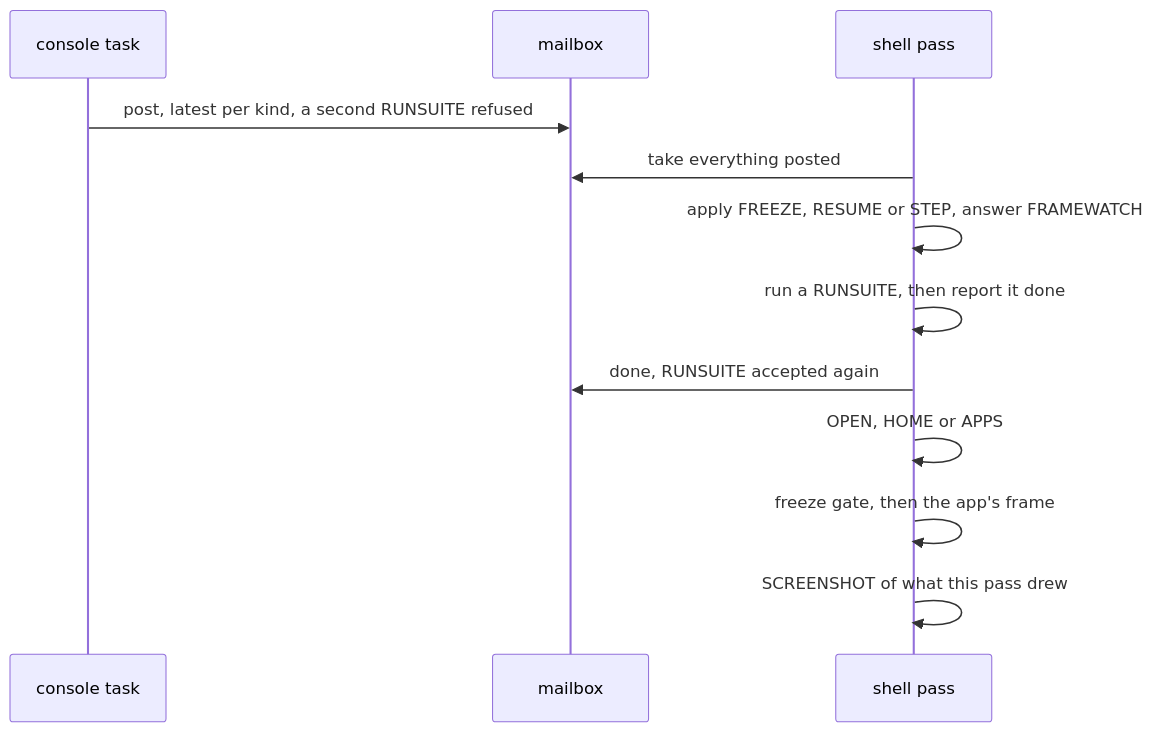
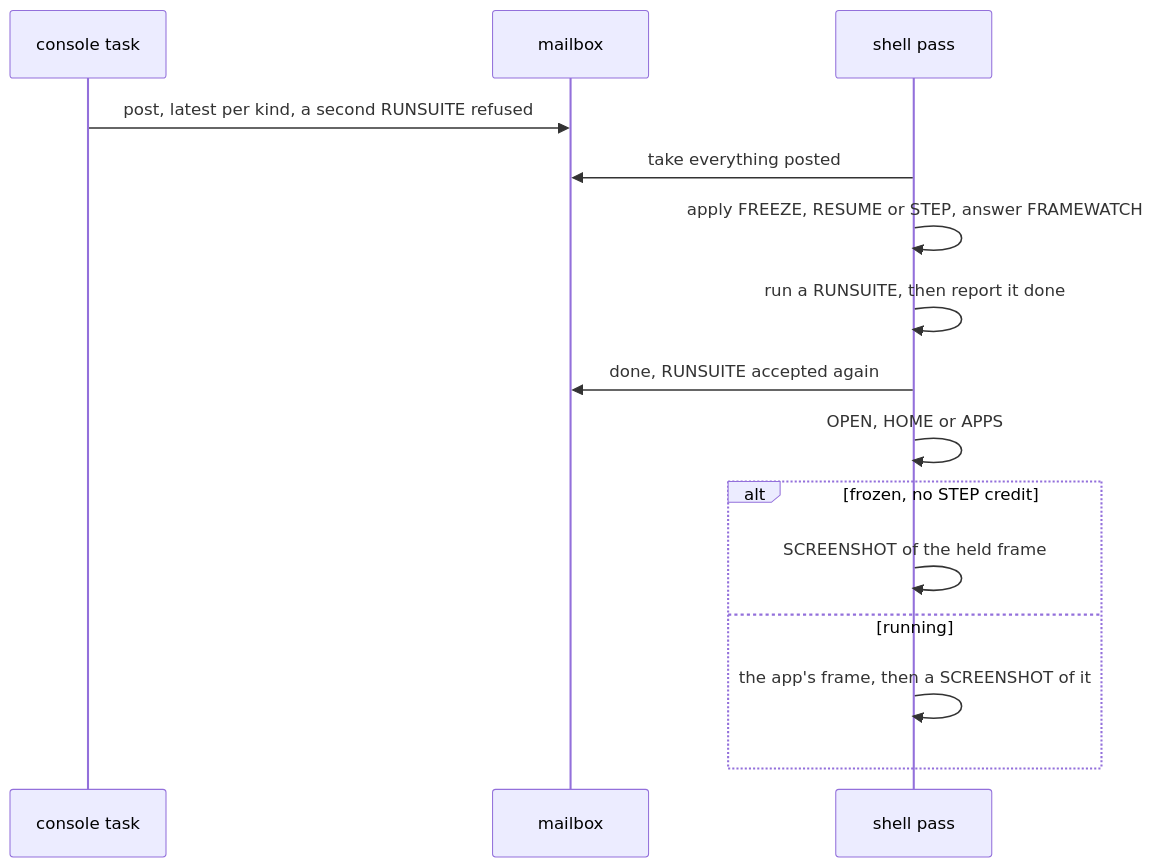
The third of 5 diagrams in docs/Firmware-Architecture.md (jose-villegas/autana), drawn with Mermaid before and after one commit. The commit also changed 1 other file, not shown here.

Commit message:
docs: Shared-Helpers lists console_freeze_apply; the console handoff diagram shows a held frame's capture

````diff
--- a/docs/Firmware-Architecture.md
+++ b/docs/Firmware-Architecture.md
@@ -298,14 +298,17 @@
 ```mermaid
 sequenceDiagram
     participant Console as console task
     participant Mail as mailbox
     participant Shell as shell pass
     Console->>Mail: post, latest per kind, a second RUNSUITE refused
     Shell->>Mail: take everything posted
     Shell->>Shell: apply FREEZE, RESUME or STEP, answer FRAMEWATCH
     Shell->>Shell: run a RUNSUITE, then report it done
     Shell->>Mail: done, RUNSUITE accepted again
     Shell->>Shell: OPEN, HOME or APPS
-    Shell->>Shell: freeze gate, then the app's frame
-    Shell->>Shell: SCREENSHOT of what this pass drew
+    alt frozen, no STEP credit
+        Shell->>Shell: SCREENSHOT of the held frame
+    else running
+        Shell->>Shell: the app's frame, then a SCREENSHOT of it
+    end
 ```
````
